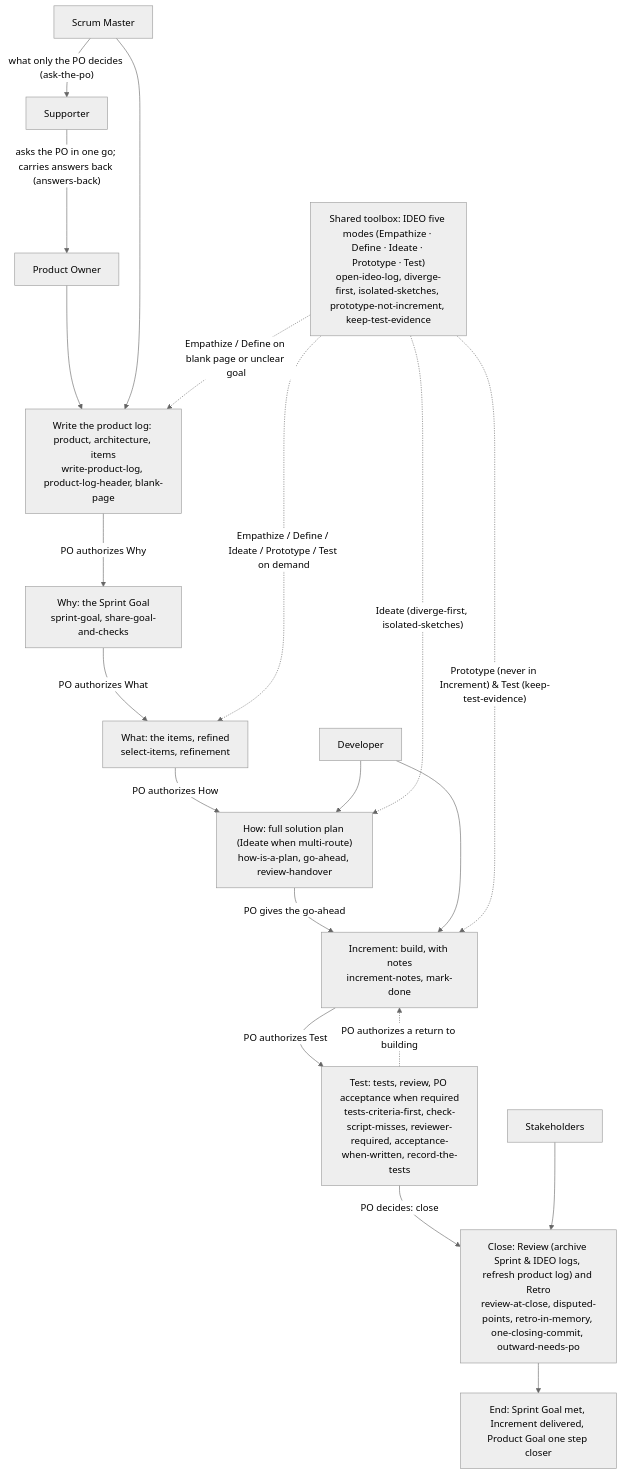
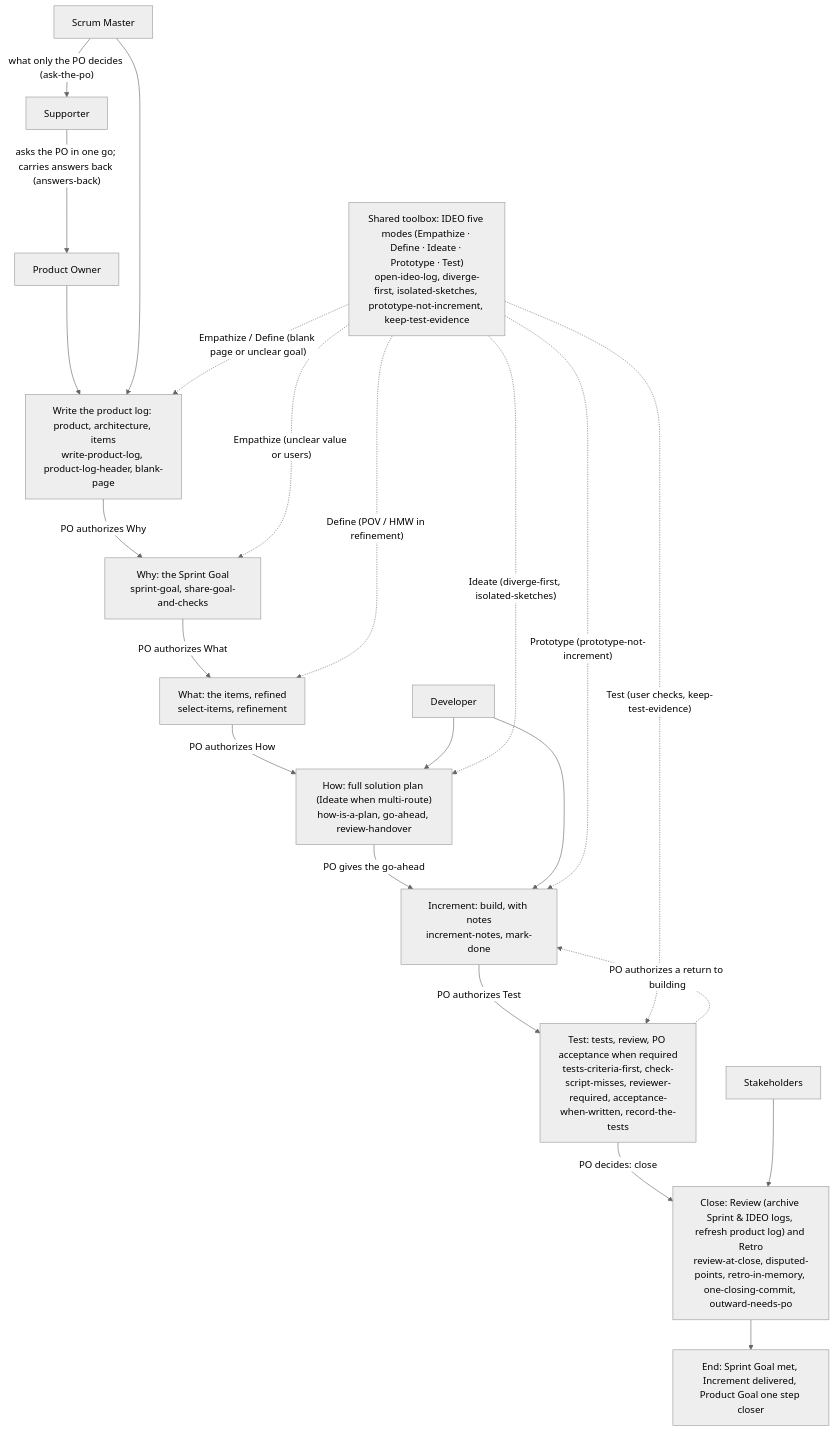
Before and after one commit to seapawn1/IDEO-Scrum: the first of 5 diagrams in plugins/ideo-scrum/skills/memory/details/flow-maps.md, drawn with Mermaid (neutral theme). The commit also changed 117 other files, not shown here.

````diff
--- a/plugins/ideo-scrum/skills/memory/details/flow-maps.md
+++ b/plugins/ideo-scrum/skills/memory/details/flow-maps.md
@@ -9,28 +9,30 @@
 ```mermaid
 flowchart TD
     PO["Product Owner"]
     SM["Scrum Master"]
     DEV["Developer"]
     SH["Stakeholders"]
     SU["Supporter"]
     IDEO["Shared toolbox: IDEO five modes (Empathize · Define · Ideate · Prototype · Test)<br/>open-ideo-log, diverge-first, isolated-sketches, prototype-not-increment, keep-test-evidence"]
     PO --> A["Write the product log: product, architecture, items<br/>write-product-log, product-log-header, blank-page"]
     SM --> A
     A -- "PO authorizes Why" --> S1["Why: the Sprint Goal<br/>sprint-goal, share-goal-and-checks"]
     S1 -- "PO authorizes What" --> S2["What: the items, refined<br/>select-items, refinement"]
     S2 -- "PO authorizes How" --> S3["How: full solution plan (Ideate when multi-route)<br/>how-is-a-plan, go-ahead, review-handover"]
     S3 -- "PO gives the go-ahead" --> S4["Increment: build, with notes<br/>increment-notes, mark-done"]
     DEV --> S3
     DEV --> S4
     S4 -- "PO authorizes Test" --> S5["Test: tests, review, PO acceptance when required<br/>tests-criteria-first, check-script-misses, reviewer-required, acceptance-when-written, record-the-tests"]
     S5 -. "PO authorizes a return to building" .-> S4
     S5 -- "PO decides: close" --> V["Close: Review (archive Sprint & IDEO logs, refresh product log) and Retro<br/>review-at-close, disputed-points, retro-in-memory, one-closing-commit, outward-needs-po"]
     SH --> V
     SM -- "what only the PO decides (ask-the-po)" --> SU
     SU -- "asks the PO in one go; carries answers back (answers-back)" --> PO
-    IDEO -. "Empathize / Define on blank page or unclear goal" .-> A
-    IDEO -. "Empathize / Define / Ideate / Prototype / Test on demand" .-> S2
+    IDEO -. "Empathize / Define (blank page or unclear goal)" .-> A
+    IDEO -. "Empathize (unclear value or users)" .-> S1
+    IDEO -. "Define (POV / HMW in refinement)" .-> S2
     IDEO -. "Ideate (diverge-first, isolated-sketches)" .-> S3
-    IDEO -. "Prototype (never in Increment) & Test (keep-test-evidence)" .-> S4
+    IDEO -. "Prototype (prototype-not-increment)" .-> S4
+    IDEO -. "Test (user checks, keep-test-evidence)" .-> S5
     V --> E["End: Sprint Goal met, Increment delivered, Product Goal one step closer"]
 ```
````
